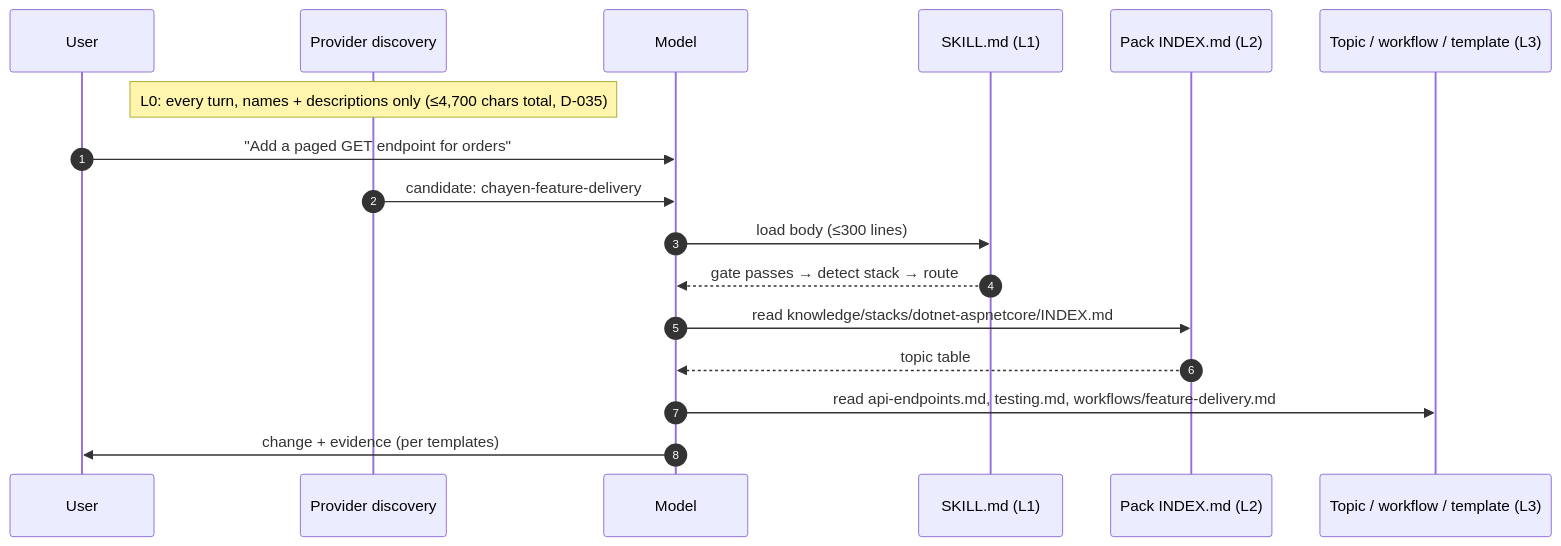
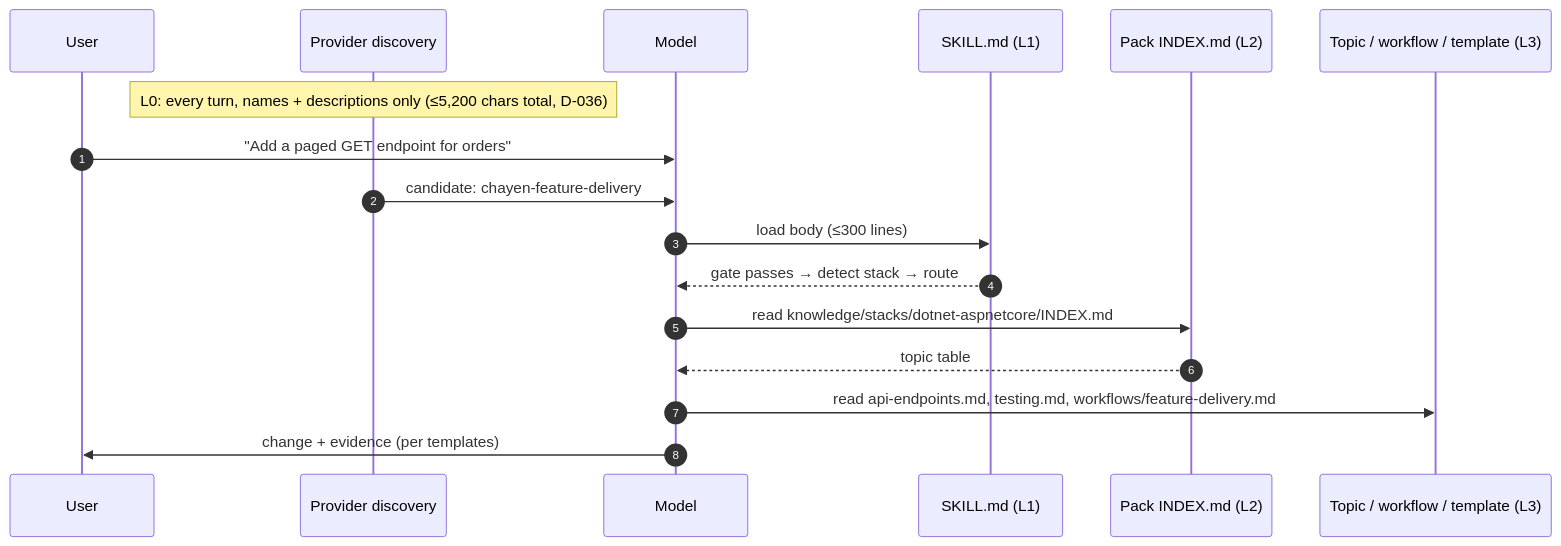
Before and after one commit to CodeJaDee/codejadee-chayen-framework: the third of 6 diagrams in docs/chayen/ARCHITECTURE.md, drawn with Mermaid. The commit also changed other lines of this file and 65 other files, not shown here.

````diff
--- a/docs/chayen/ARCHITECTURE.md
+++ b/docs/chayen/ARCHITECTURE.md
@@ -338,19 +338,19 @@
 ```mermaid
 sequenceDiagram
     autonumber
     participant U as User
     participant P as Provider discovery
     participant M as Model
     participant S as SKILL.md (L1)
     participant I as Pack INDEX.md (L2)
     participant T as Topic / workflow / template (L3)
-    Note over P: L0: every turn, names + descriptions only (≤4,700 chars total, D-035)
+    Note over P: L0: every turn, names + descriptions only (≤5,200 chars total, D-036)
     U->>M: "Add a paged GET endpoint for orders"
     P->>M: candidate: chayen-feature-delivery
     M->>S: load body (≤300 lines)
     S-->>M: gate passes → detect stack → route
     M->>I: read knowledge/stacks/dotnet-aspnetcore/INDEX.md
     I-->>M: topic table
     M->>T: read api-endpoints.md, testing.md, workflows/feature-delivery.md
     M->>U: change + evidence (per templates)
 ```
````
